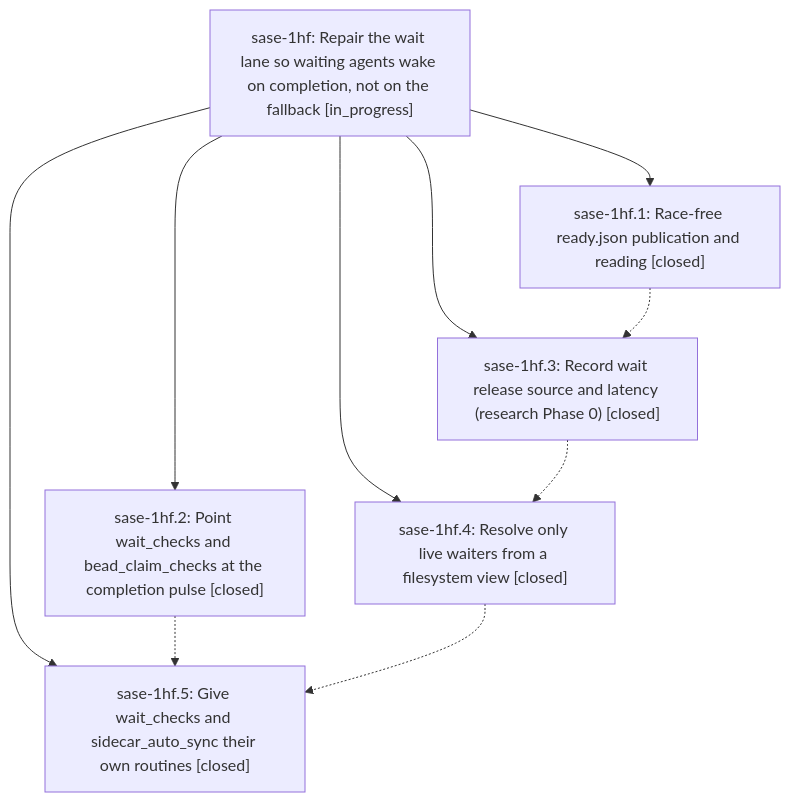
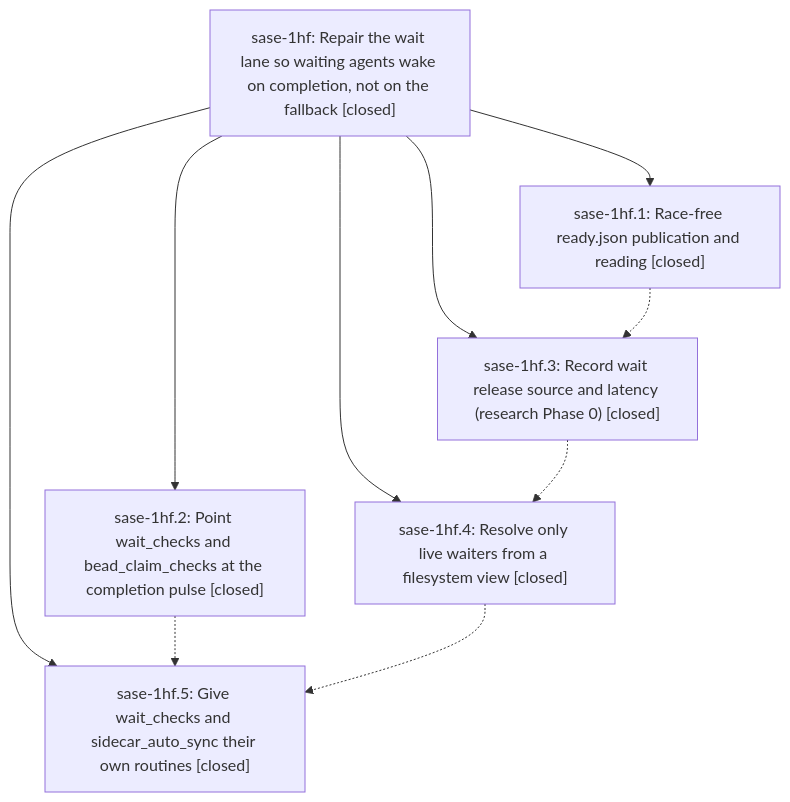
The diagram in pages/sase-1hf/README.md (sase-org/sase--beads), drawn with Mermaid before and after one commit. The commit also changed other lines of this file and 1 other file, not shown here.

First line of the commit message:
chore(beads): sync bead state and pages for sase-1hf

````diff
--- a/pages/sase-1hf/README.md
+++ b/pages/sase-1hf/README.md
@@ -38,18 +80,18 @@
 ```mermaid
 flowchart TD
-    n0["sase-1hf: Repair the wait lane so waiting agents wake on completion, not on the fallback [in_progress]"]
+    n0["sase-1hf: Repair the wait lane so waiting agents wake on completion, not on the fallback [closed]"]
     n1["sase-1hf.1: Race-free ready.json publication and reading [closed]"]
     n2["sase-1hf.2: Point wait_checks and bead_claim_checks at the completion pulse [closed]"]
     n3["sase-1hf.3: Record wait release source and latency (research Phase 0) [closed]"]
     n4["sase-1hf.4: Resolve only live waiters from a filesystem view [closed]"]
     n5["sase-1hf.5: Give wait_checks and sidecar_auto_sync their own routines [closed]"]
     n0 --> n1
     n0 --> n2
     n0 --> n3
     n0 --> n4
     n0 --> n5
     n1 -.-> n3
     n2 -.-> n5
     n3 -.-> n4
     n4 -.-> n5
 ```
````
